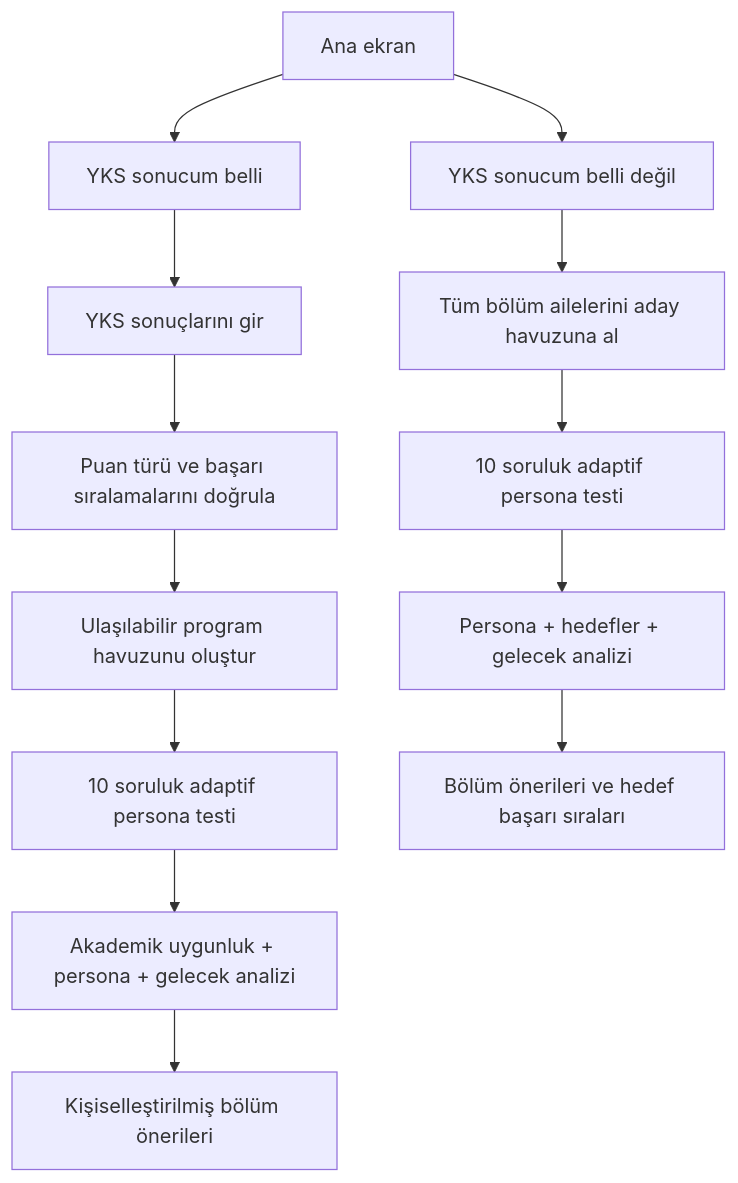
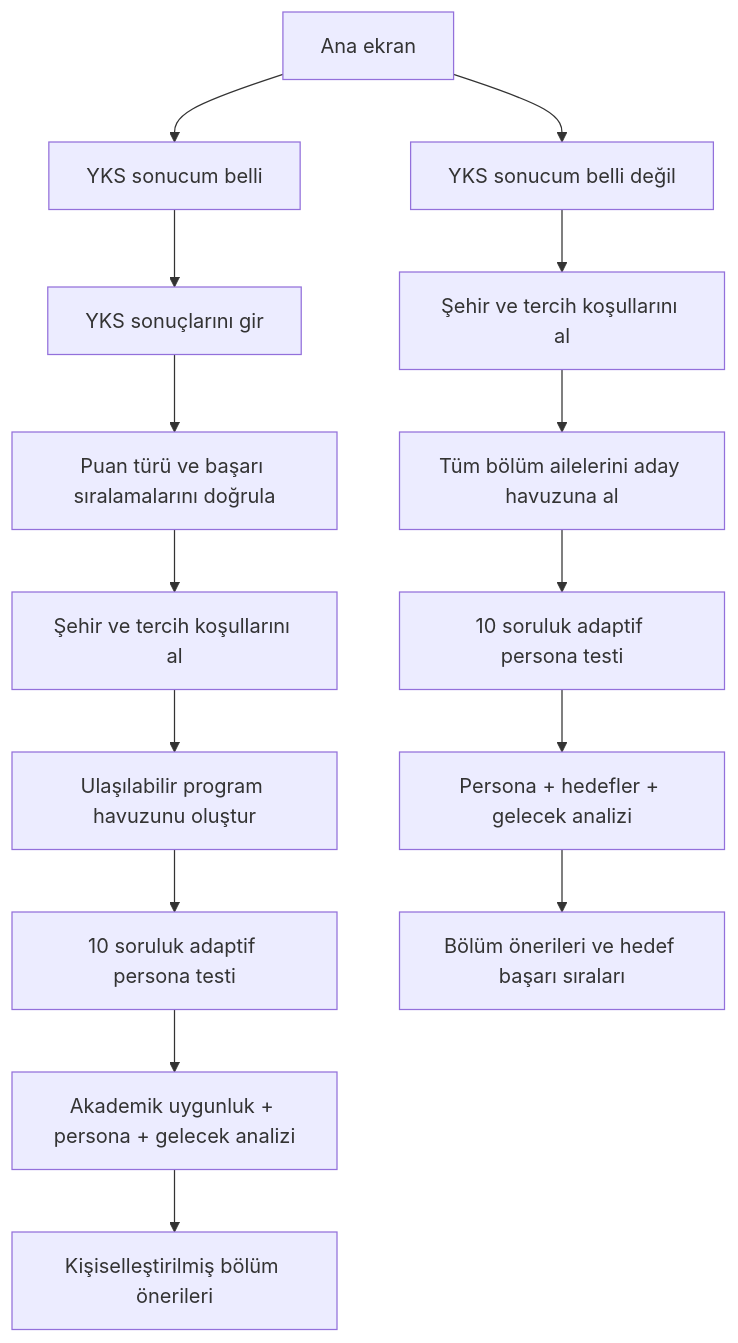
Before and after one commit to BerkayBilgenn/OverFit-Hackathon: the first of 5 diagrams in docs/yks-persona-questionnaire-pipeline.md, drawn with Mermaid. The commit also changed other lines of this file, not shown here.

Commit message:
Şehir ve tercih koşullarını pipeline'a ekle

````diff
--- a/docs/yks-persona-questionnaire-pipeline.md
+++ b/docs/yks-persona-questionnaire-pipeline.md
@@ -49,15 +50,17 @@
 ```mermaid
 flowchart TD
     A[Ana ekran] --> B[YKS sonucum belli]
     A --> C[YKS sonucum belli değil]
     B --> D[YKS sonuçlarını gir]
     D --> E[Puan türü ve başarı sıralamalarını doğrula]
-    E --> F[Ulaşılabilir program havuzunu oluştur]
+    E --> P1[Şehir ve tercih koşullarını al]
+    P1 --> F[Ulaşılabilir program havuzunu oluştur]
     F --> G[10 soruluk adaptif persona testi]
     G --> H[Akademik uygunluk + persona + gelecek analizi]
     H --> I[Kişiselleştirilmiş bölüm önerileri]
-    C --> J[Tüm bölüm ailelerini aday havuzuna al]
+    C --> P2[Şehir ve tercih koşullarını al]
+    P2 --> J[Tüm bölüm ailelerini aday havuzuna al]
     J --> K[10 soruluk adaptif persona testi]
     K --> L[Persona + hedefler + gelecek analizi]
     L --> M[Bölüm önerileri ve hedef başarı sıraları]
 ```
````
